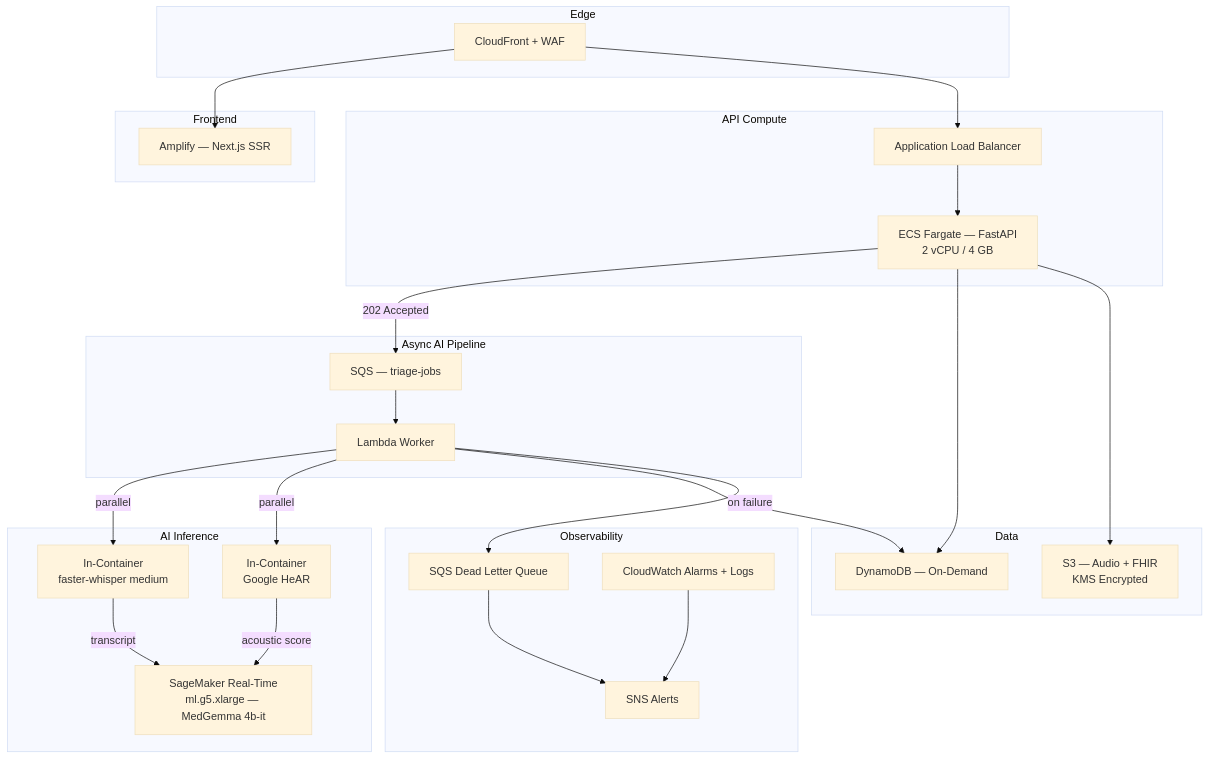
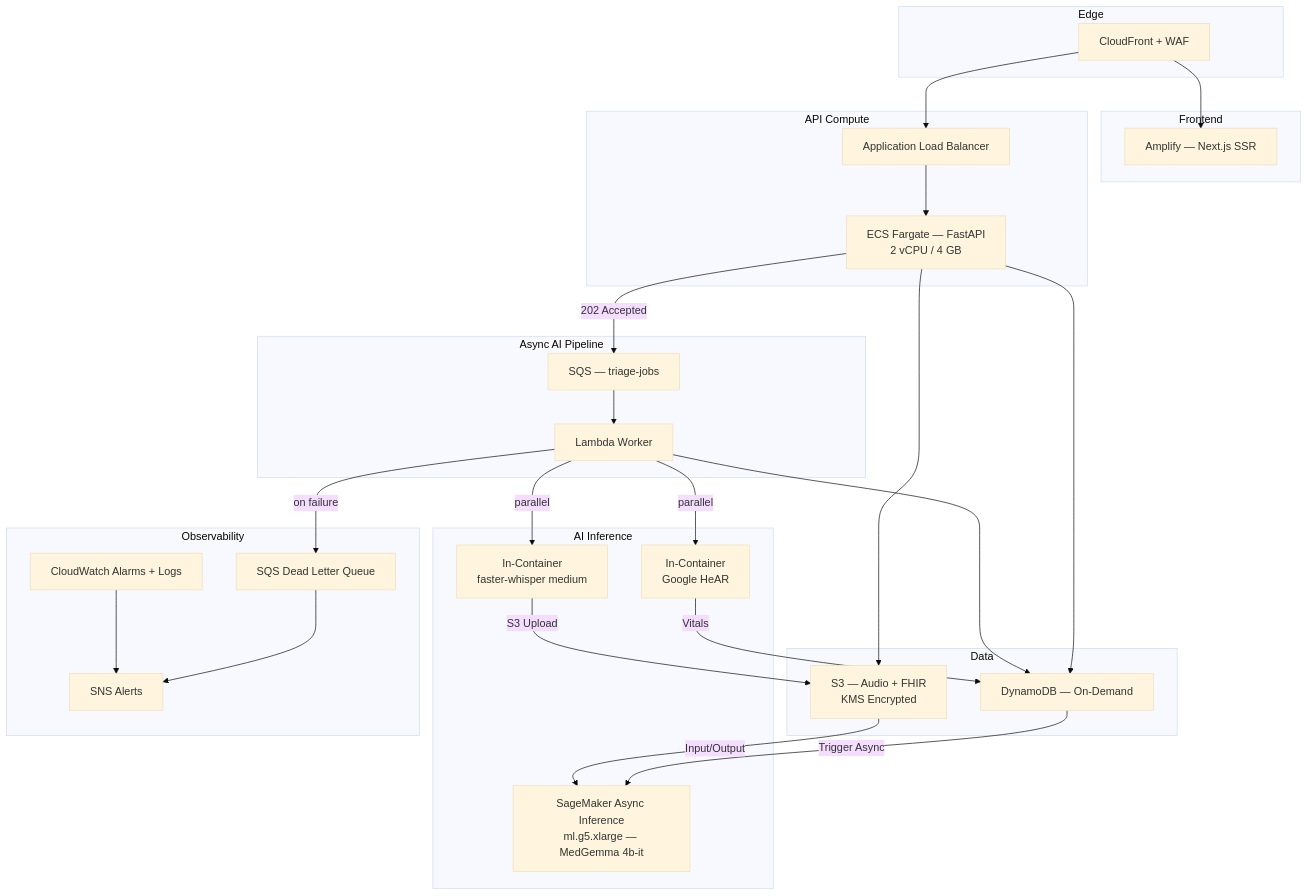
One commit to SowmyaLR/AIForBharath changed the first of 3 diagrams in AWS_DEPLOYMENT_PLAN.md. Above: the diagram before and after it, drawn with Mermaid (base theme). The commit also changed other lines of this file and 11 other files, not shown here.

````diff
--- a/AWS_DEPLOYMENT_PLAN.md
+++ b/AWS_DEPLOYMENT_PLAN.md
@@ -11,47 +11,49 @@
 ```mermaid
 graph TD
     subgraph "Edge"
         CF[CloudFront + WAF]
     end
     subgraph "Frontend"
         AMP[Amplify — Next.js SSR]
     end
     subgraph "API Compute"
         ALB[Application Load Balancer]
         ECS[ECS Fargate — FastAPI\n2 vCPU / 4 GB]
     end
     subgraph "Async AI Pipeline"
         SQS[SQS — triage-jobs]
         Lambda[Lambda Worker]
     end
     subgraph "AI Inference"
         LOCAL_W[In-Container\nfaster-whisper medium]
         LOCAL_H[In-Container\nGoogle HeAR]
-        SM_MG[SageMaker Real-Time\nml.g5.xlarge — MedGemma 4b-it]
+        SM_MG[SageMaker Async Inference\nml.g5.xlarge — MedGemma 4b-it]
     end
     subgraph "Data"
         DDB[DynamoDB — On-Demand]
         S3[S3 — Audio + FHIR\nKMS Encrypted]
     end
     subgraph "Observability"
         DLQ[SQS Dead Letter Queue]
         SNS[SNS Alerts]
         CW[CloudWatch Alarms + Logs]
     end
 
     CF --> AMP
     CF --> ALB
     ALB --> ECS
     ECS -->|202 Accepted| SQS
     ECS --> DDB
     ECS --> S3
     SQS --> Lambda
     Lambda -->|parallel| LOCAL_W
     Lambda -->|parallel| LOCAL_H
-    LOCAL_W -->|transcript| SM_MG
-    LOCAL_H -->|acoustic score| SM_MG
+    LOCAL_W -->|S3 Upload| S3
+    LOCAL_H -->|Vitals| DDB
+    DDB -->|Trigger Async| SM_MG
+    S3 -->|Input/Output| SM_MG
     Lambda --> DDB
     Lambda -->|on failure| DLQ
     DLQ --> SNS
     CW --> SNS
 ```
````
